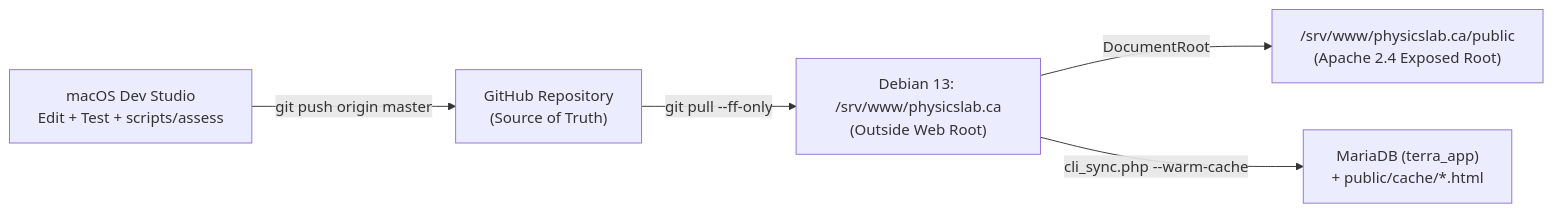
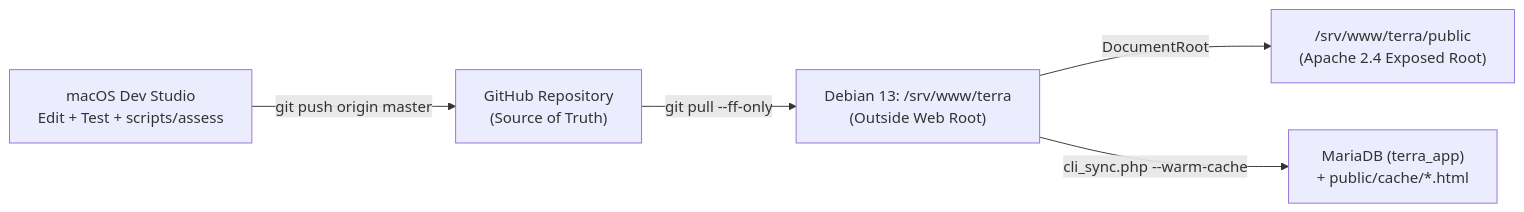
One commit to jholobetz/terra changed the diagram in docs/final_stages.md. Above: the diagram before and after it, drawn with Mermaid. The commit also changed other lines of this file and 23 other files, not shown here.

````diff
--- a/docs/final_stages.md
+++ b/docs/final_stages.md
@@ -16,7 +16,7 @@
 ```mermaid
 flowchart LR
     A["macOS Dev Studio<br/>Edit + Test + scripts/assess"] -->|"git push origin master"| B["GitHub Repository<br/>(Source of Truth)"]
-    B -->|"git pull --ff-only"| C["Debian 13: /srv/www/physicslab.ca<br/>(Outside Web Root)"]
-    C -->|"DocumentRoot"| D["/srv/www/physicslab.ca/public<br/>(Apache 2.4 Exposed Root)"]
+    B -->|"git pull --ff-only"| C["Debian 13: /srv/www/terra<br/>(Outside Web Root)"]
+    C -->|"DocumentRoot"| D["/srv/www/terra/public<br/>(Apache 2.4 Exposed Root)"]
     C -->|"cli_sync.php --warm-cache"| E["MariaDB (terra_app)<br/>+ public/cache/*.html"]
 ```
````
